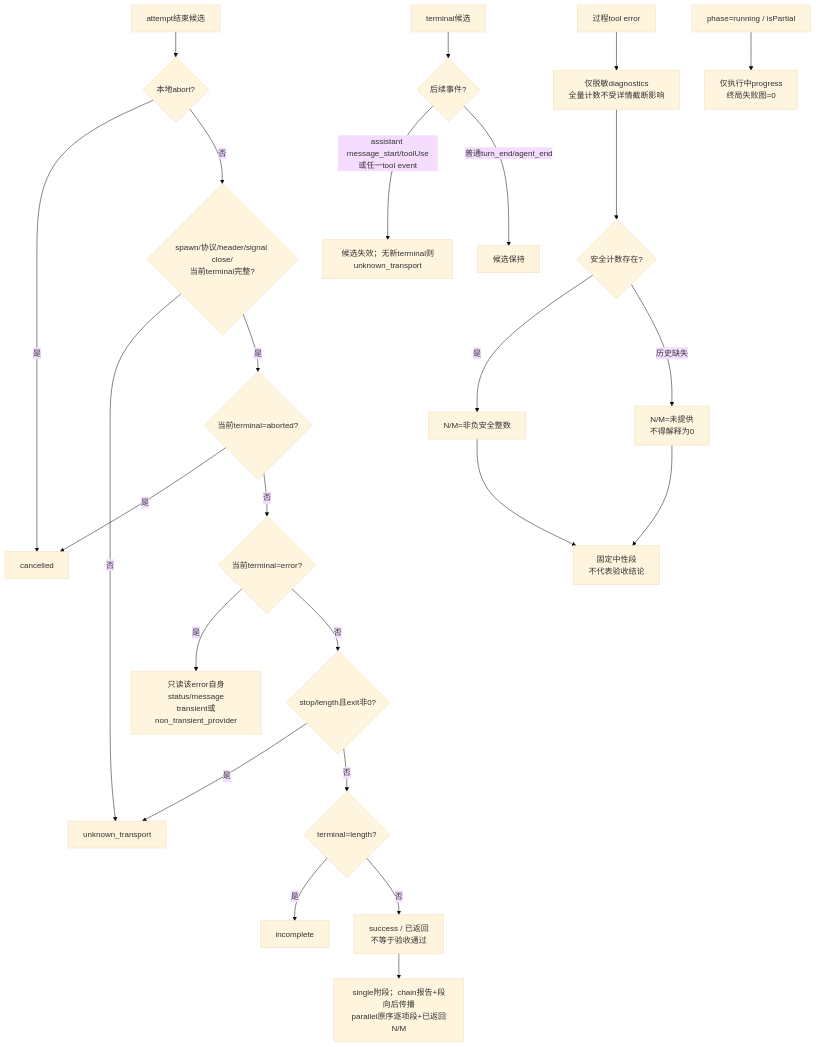
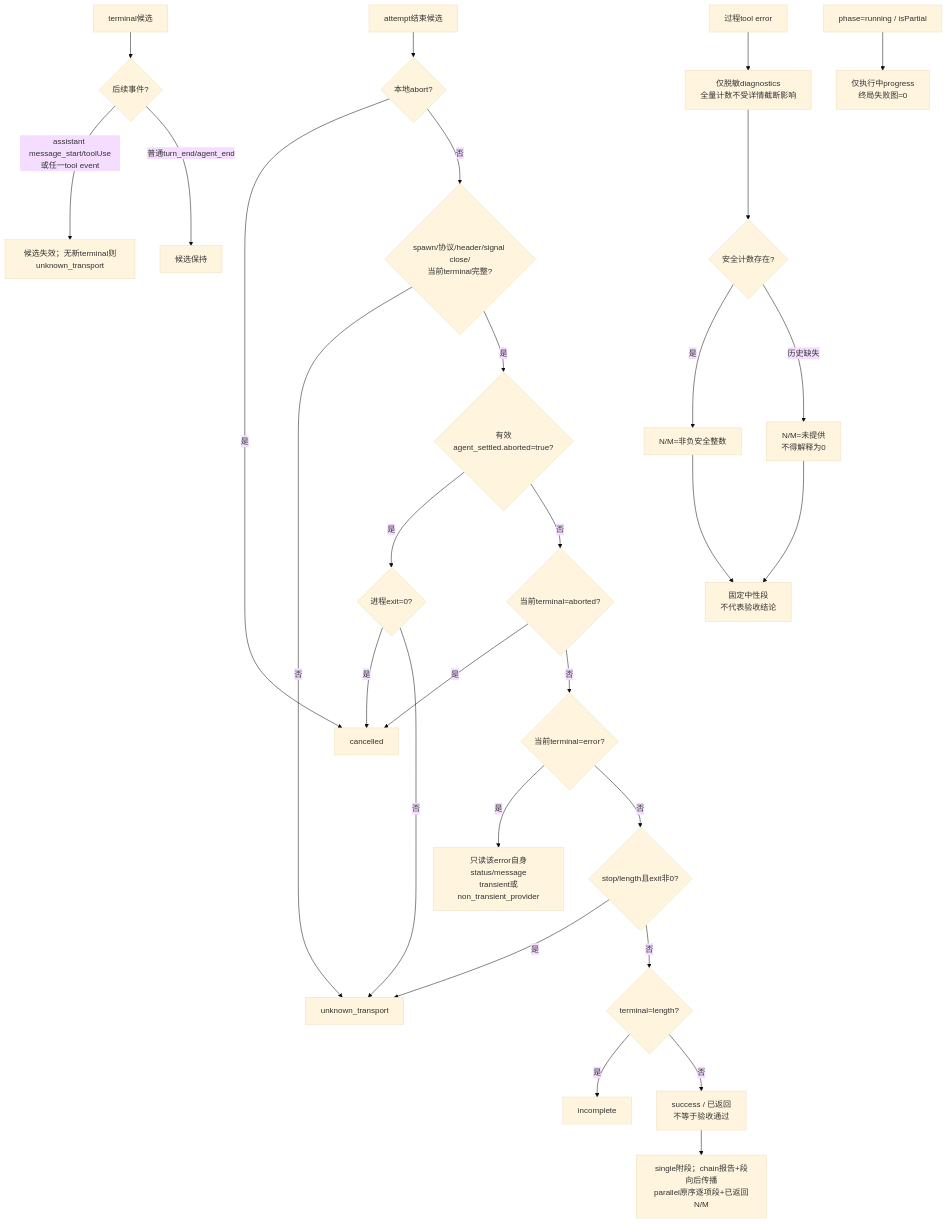
The sixth of 12 diagrams in docs/02-产品实现/subagent-dispatcher-流程图.md (ZHOUKAILIAN/my-pi-extension), drawn with Mermaid (base theme) before and after one commit. The commit also changed 9 other files, not shown here.

````diff
--- a/docs/02-产品实现/subagent-dispatcher-流程图.md
+++ b/docs/02-产品实现/subagent-dispatcher-流程图.md
@@ -172,27 +172,31 @@
 ```mermaid
 flowchart TD
   A[attempt结束候选] --> L{本地abort?}
   L -->|是| C[cancelled]
   L -->|否| I{spawn/协议/header/signal close/<br/>当前terminal完整?}
   I -->|否| U[unknown_transport]
-  I -->|是| AB{当前terminal=aborted?}
+  I -->|是| SA{有效agent_settled.aborted=true?}
+  SA -->|是| SE{进程exit=0?}
+  SE -->|是| C
+  SE -->|否| U
+  SA -->|否| AB{当前terminal=aborted?}
   AB -->|是| C
   AB -->|否| ER{当前terminal=error?}
   ER -->|是| P[只读该error自身status/message<br/>transient或non_transient_provider]
   ER -->|否| NZ{stop/length且exit非0?}
   NZ -->|是| U
   NZ -->|否| LE{terminal=length?}
   LE -->|是| INC[incomplete]
   LE -->|否| OK[success / 已返回<br/>不等于验收通过]
   TC[terminal候选] --> INV{后续事件?}
   INV -->|assistant message_start/toolUse<br/>或任一tool event| VOID[候选失效；无新terminal则unknown_transport]
   INV -->|普通turn_end/agent_end| KEEP[候选保持]
   TE[过程tool error] --> DIAG[仅脱敏diagnostics<br/>全量计数不受详情截断影响]
   PH[phase=running / isPartial] --> PROG[仅执行中progress<br/>终局失败图=0]
   DIAG --> SAFE{安全计数存在?}
   SAFE -->|是| NUM[N/M=非负安全整数]
   SAFE -->|历史缺失| MISS[N/M=未提供<br/>不得解释为0]
   NUM --> SEG[固定中性段<br/>不代表验收结论]
   MISS --> SEG
   OK --> COMP[single附段；chain报告+段向后传播<br/>parallel原序逐项段+已返回N/M]
 ```
````
